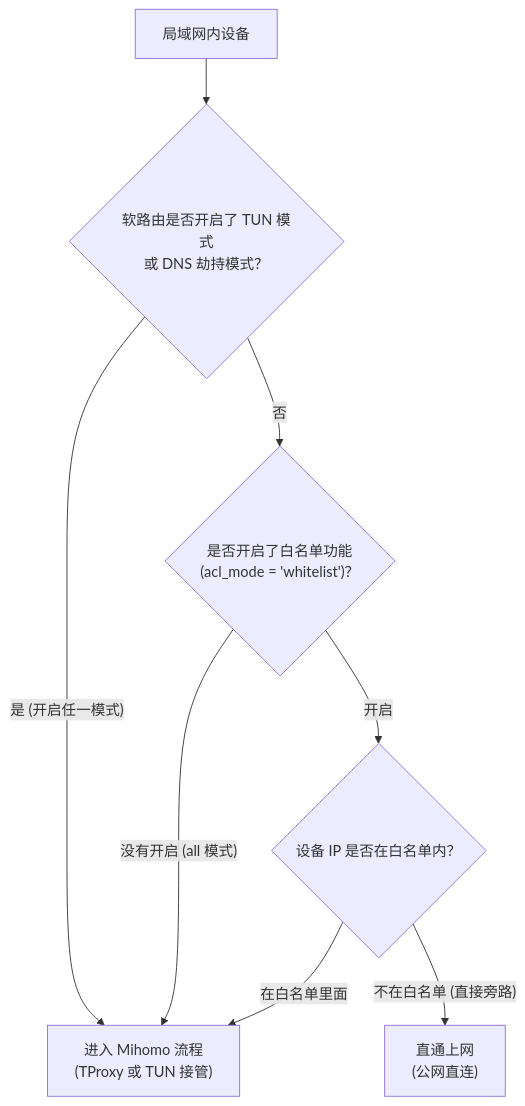
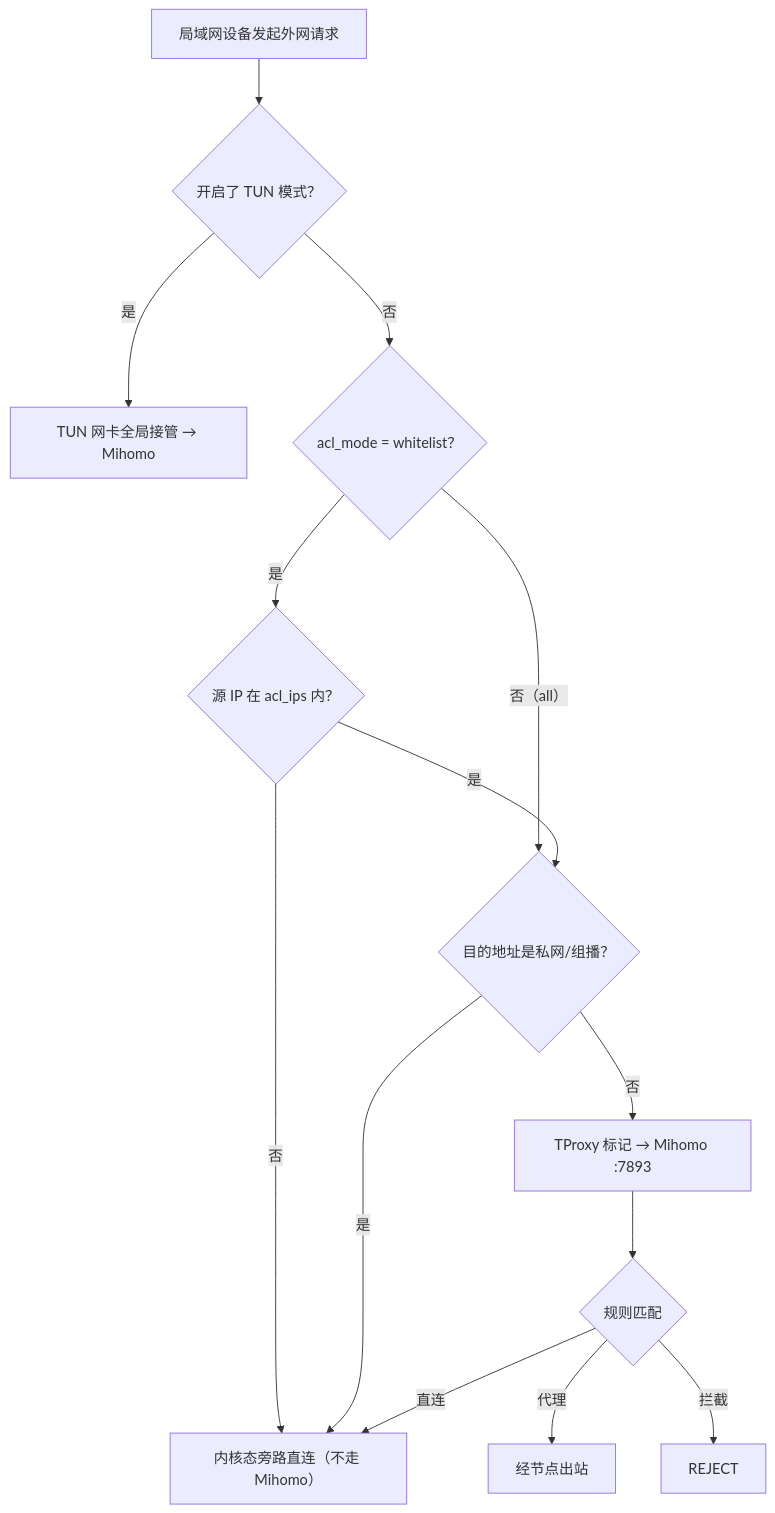
Before and after one commit to chanf/SSProxy: the diagram in README.md, drawn with Mermaid. The commit also changed other lines of this file and 18 other files, not shown here.

````diff
--- a/README.md
+++ b/README.md
@@ -130,13 +45,16 @@
 ```mermaid
 flowchart TD
-    Start["局域网内设备"] --> Step1{"软路由是否开启了 TUN 模式<br/>或 DNS 劫持模式？"}
-    
-    Step1 -- "是 (开启任一模式)" --> Proxy["进入 Mihomo 流程<br/>(TProxy 或 TUN 接管)"]
-    Step1 -- "否" --> Step2{"是否开启了白名单功能<br/>(acl_mode = 'whitelist')？"}
-    
-    Step2 -- "没有开启 (all 模式)" --> Proxy
-    Step2 -- "开启" --> Step3{"设备 IP 是否在白名单内？"}
-    
-    Step3 -- "在白名单里面" --> Proxy
-    Step3 -- "不在白名单 (直接旁路)" --> Direct["直通上网<br/>(公网直连)"]
+    Start["局域网设备发起外网请求"] --> TUN{"开启了 TUN 模式？"}
+    TUN -- "是" --> TUNProxy["TUN 网卡全局接管 → Mihomo"]
+    TUN -- "否" --> ACL{"acl_mode = whitelist？"}
+    ACL -- "否（all）" --> Daddr{"目的地址是私网/组播？"}
+    ACL -- "是" --> InList{"源 IP 在 acl_ips 内？"}
+    InList -- "否" --> Direct["内核态旁路直连（不走 Mihomo）"]
+    InList -- "是" --> Daddr
+    Daddr -- "是" --> Direct
+    Daddr -- "否" --> Tproxy["TProxy 标记 → Mihomo :7893"]
+    Tproxy --> Rule{"规则匹配"}
+    Rule -- "代理" --> Proxy["经节点出站"]
+    Rule -- "直连" --> Direct
+    Rule -- "拦截" --> Reject["REJECT"]
 ```
````
